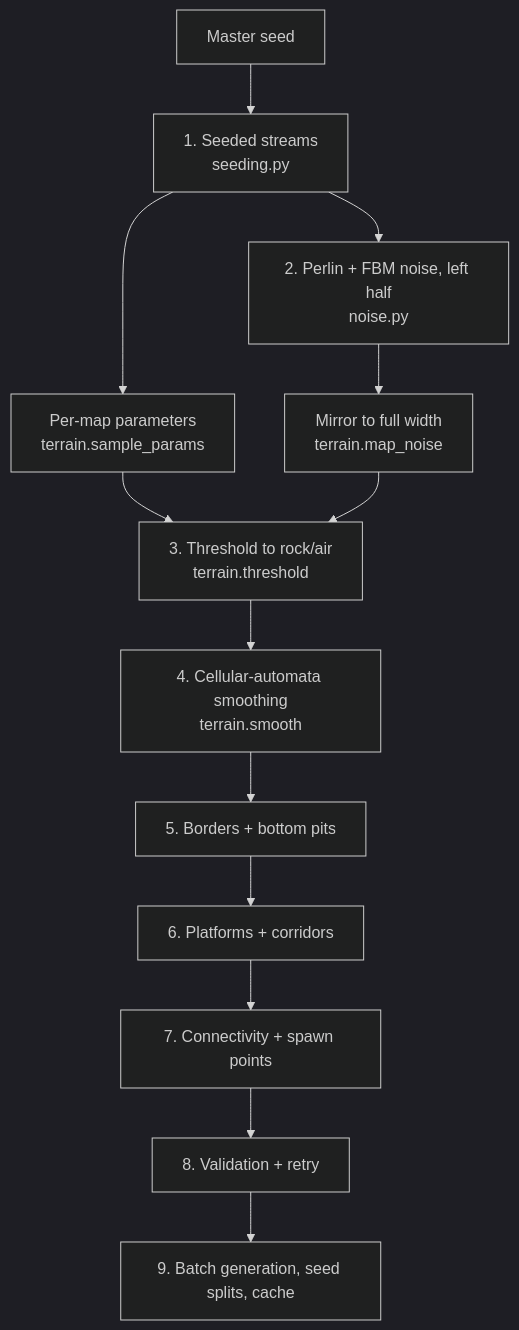
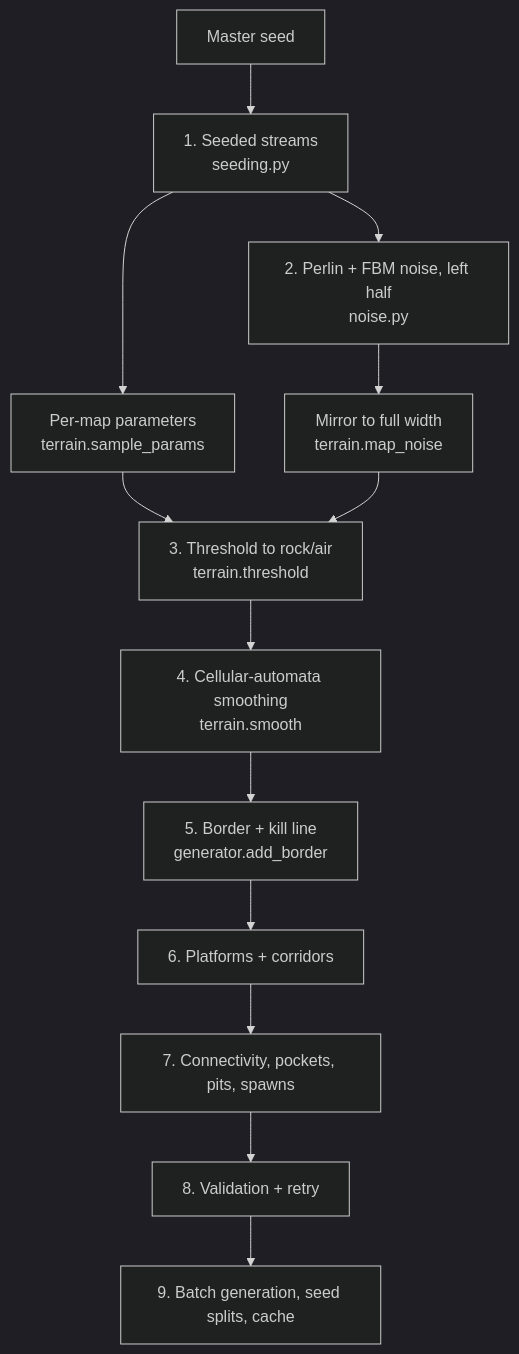
Before and after one commit to thekrishmellow/RL-Donut: the diagram in docs/mapgen.md, drawn with Mermaid (dark theme). The commit also changed other lines of this file and 9 other files, not shown here.

Commit message:
Add map border, kill line, pit config and generate_map entry point

````diff
--- a/docs/mapgen.md
+++ b/docs/mapgen.md
@@ -20,15 +20,15 @@
 ```mermaid
 flowchart TD
     S[Master seed] --> P[1. Seeded streams<br/>seeding.py]
     P --> Q[Per-map parameters<br/>terrain.sample_params]
     P --> N[2. Perlin + FBM noise, left half<br/>noise.py]
     N --> MI[Mirror to full width<br/>terrain.map_noise]
     Q --> T[3. Threshold to rock/air<br/>terrain.threshold]
     MI --> T
     T --> C[4. Cellular-automata smoothing<br/>terrain.smooth]
-    C --> M[5. Borders + bottom pits]
+    C --> M[5. Border + kill line<br/>generator.add_border]
     M --> PL[6. Platforms + corridors]
-    PL --> CN[7. Connectivity + spawn points]
+    PL --> CN[7. Connectivity, pockets, pits, spawns]
     CN --> V[8. Validation + retry]
     V --> B[9. Batch generation, seed splits, cache]
 ```
````
